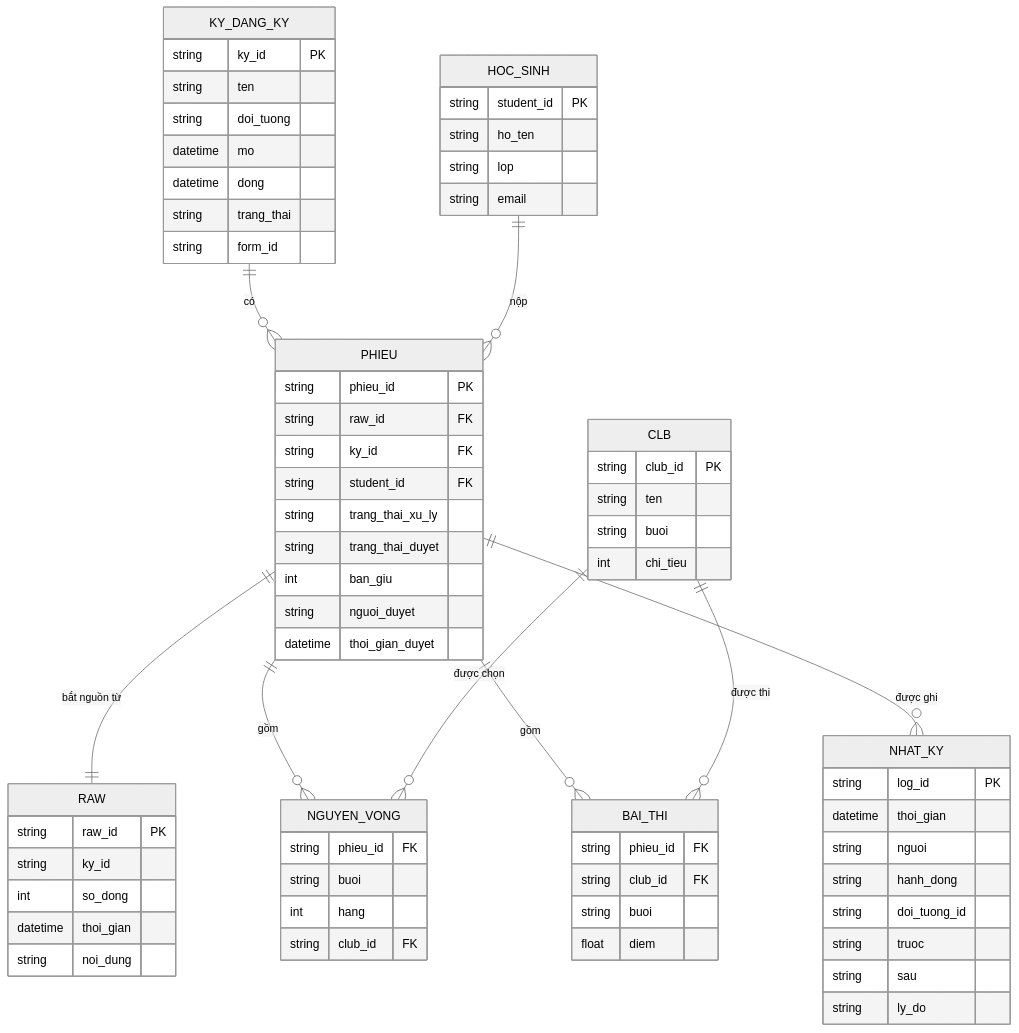
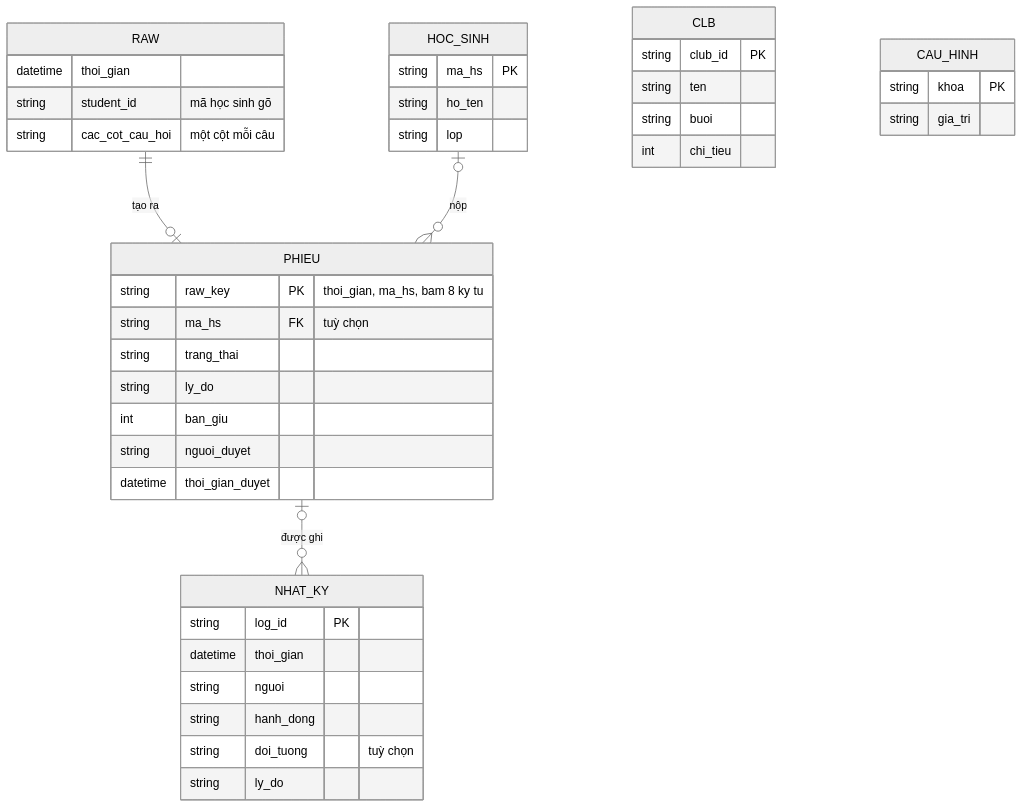
The diagram in docs/he_sinh_thai/anh/d_erd.mmd (nguyenphanvantruong6969-arch/TESTING-DEV), drawn with Mermaid (neutral theme) before and after one commit. The commit also changed 10 other files, not shown here.

First line of the commit message:
T4 sửa vòng 1: V1 gọn (phieu duy nhất, raw_key bằng băm, xuất tệp riêng), thay đổi kho cho Lớp, ngân sách ô và trigger tính lại, vẽ lại sơ đồ

```diff
--- a/docs/he_sinh_thai/anh/d_erd.mmd
+++ b/docs/he_sinh_thai/anh/d_erd.mmd
@@ -1,70 +1,41 @@
 erDiagram
-  KY_DANG_KY ||--o{ PHIEU : "có"
-  HOC_SINH ||--o{ PHIEU : "nộp"
-  PHIEU ||--|| RAW : "bắt nguồn từ"
-  PHIEU ||--o{ NGUYEN_VONG : "gồm"
-  PHIEU ||--o{ BAI_THI : "gồm"
-  CLB ||--o{ NGUYEN_VONG : "được chọn"
-  CLB ||--o{ BAI_THI : "được thi"
-  PHIEU ||--o{ NHAT_KY : "được ghi"
-  KY_DANG_KY {
-    string ky_id PK
-    string ten
-    string doi_tuong
-    datetime mo
-    datetime dong
-    string trang_thai
-    string form_id
-  }
+  RAW ||--o| PHIEU : "tạo ra"
+  HOC_SINH |o--o{ PHIEU : "nộp"
+  PHIEU |o--o{ NHAT_KY : "được ghi"
   RAW {
-    string raw_id PK
-    string ky_id
-    int so_dong
     datetime thoi_gian
-    string noi_dung
-  }
-  HOC_SINH {
-    string student_id PK
-    string ho_ten
-    string lop
-    string email
+    string student_id "mã học sinh gõ"
+    string cac_cot_cau_hoi "một cột mỗi câu"
   }
   PHIEU {
-    string phieu_id PK
-    string raw_id FK
-    string ky_id FK
-    string student_id FK
-    string trang_thai_xu_ly
-    string trang_thai_duyet
+    string raw_key PK "thoi_gian, ma_hs, bam 8 ky tu"
+    string ma_hs FK "tuỳ chọn"
+    string trang_thai
+    string ly_do
     int ban_giu
     string nguoi_duyet
     datetime thoi_gian_duyet
   }
-  NGUYEN_VONG {
-    string phieu_id FK
-    string buoi
-    int hang
-    string club_id FK
-  }
-  BAI_THI {
-    string phieu_id FK
-    string club_id FK
-    string buoi
-    float diem
+  HOC_SINH {
+    string ma_hs PK
+    string ho_ten
+    string lop
   }
   CLB {
     string club_id PK
     string ten
     string buoi
     int chi_tieu
   }
   NHAT_KY {
     string log_id PK
     datetime thoi_gian
     string nguoi
     string hanh_dong
-    string doi_tuong_id
-    string truoc
-    string sau
+    string doi_tuong "tuỳ chọn"
     string ly_do
   }
+  CAU_HINH {
+    string khoa PK
+    string gia_tri
+  }
```
